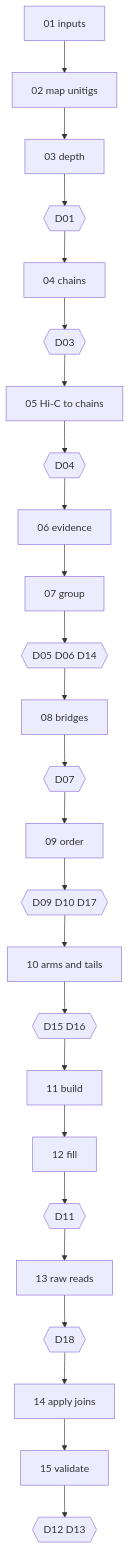
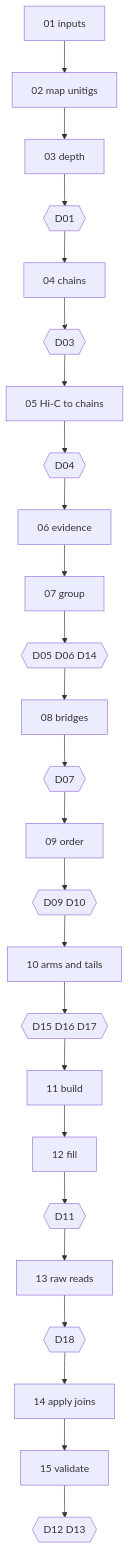
The diagram in docs/PROCESS.md (zkstewart/agentssembler), drawn with Mermaid before and after one commit. The commit also changed other lines of this file and 4 other files, not shown here.

````diff
--- a/docs/PROCESS.md
+++ b/docs/PROCESS.md
@@ -7,9 +7,9 @@
 ```mermaid
 flowchart TD
   A[01 inputs] --> B[02 map unitigs] --> C[03 depth] --> D01{{D01}}
   D01 --> E[04 chains] --> D03{{D03}} --> F[05 Hi-C to chains] --> D04{{D04}}
   D04 --> G[06 evidence] --> H[07 group] --> D05{{D05 D06 D14}}
-  D05 --> I[08 bridges] --> D07{{D07}} --> J[09 order] --> D09{{D09 D10 D17}}
-  D09 --> K[10 arms and tails] --> D16{{D15 D16}} --> L[11 build] --> M[12 fill] --> D11{{D11}}
+  D05 --> I[08 bridges] --> D07{{D07}} --> J[09 order] --> D09{{D09 D10}}
+  D09 --> K[10 arms and tails] --> D16{{D15 D16 D17}} --> L[11 build] --> M[12 fill] --> D11{{D11}}
   D11 --> N[13 raw reads] --> D18{{D18}} --> O[14 apply joins] --> P[15 validate] --> D12{{D12 D13}}
 ```
````
